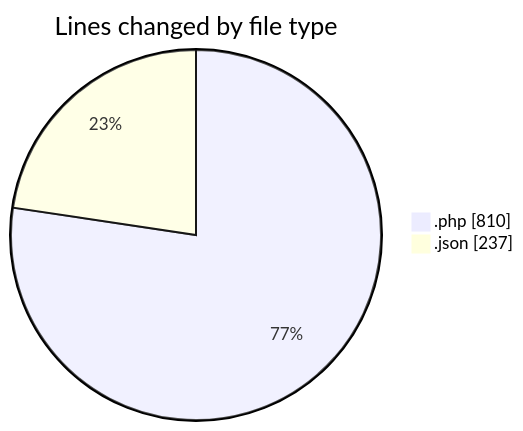
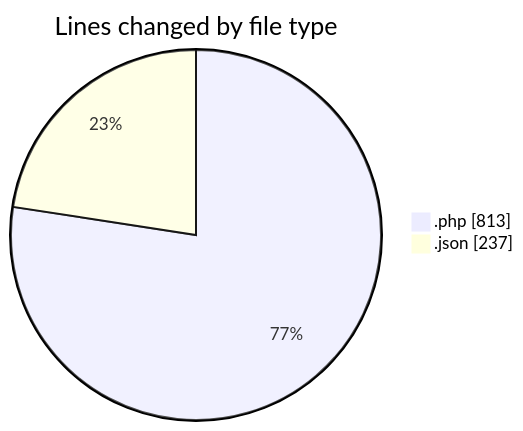
Before and after one commit to idhammustaqopulfikri/code-tracking: the first of 2 diagrams in 2025-06-15/studio-backend/README.md, drawn with Mermaid. The commit also changed other lines of this file and 1 other file, not shown here.

````diff
--- a/2025-06-15/studio-backend/README.md
+++ b/2025-06-15/studio-backend/README.md
@@ -29,6 +30,6 @@
 ```mermaid
 pie showData
 title Lines changed by file type
-".php" : 810
+".php" : 813
 ".json" : 237
 ```
````
